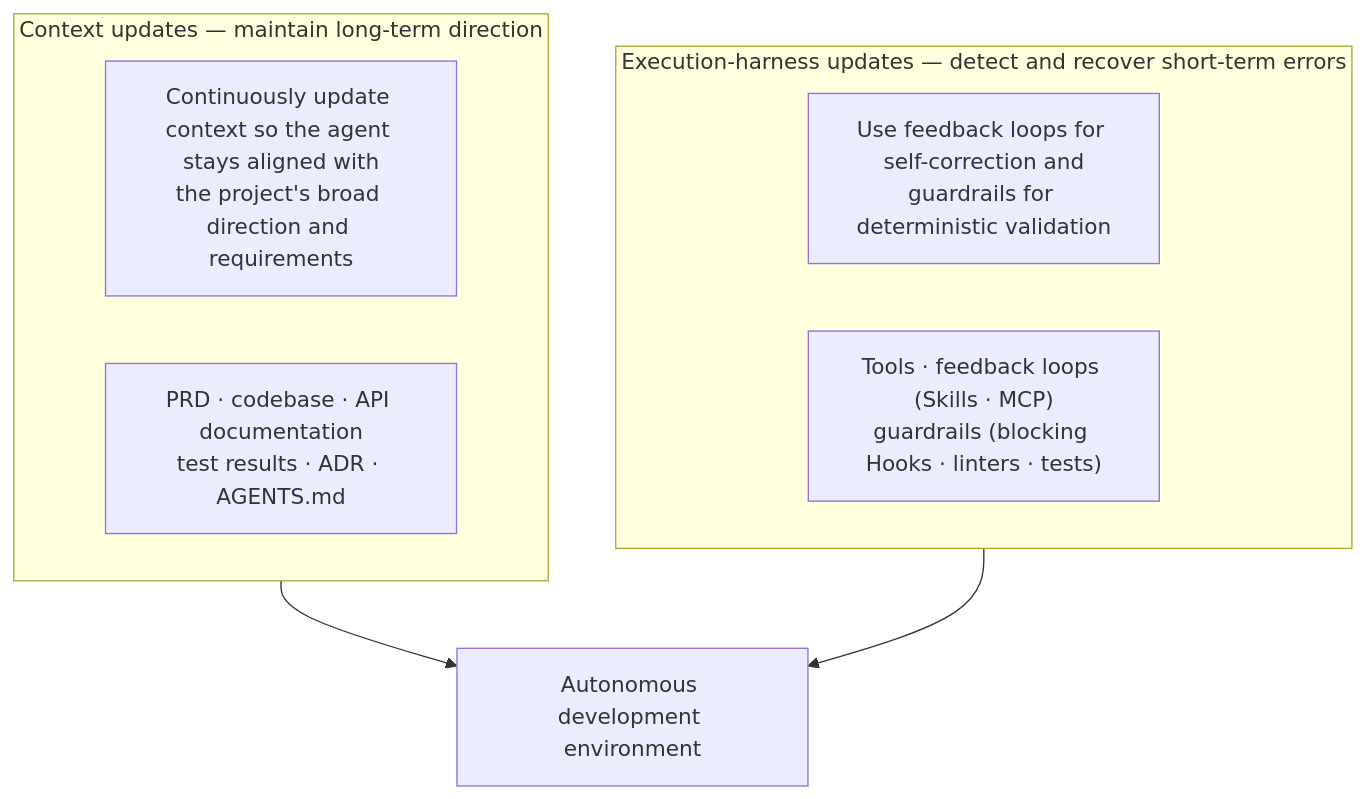
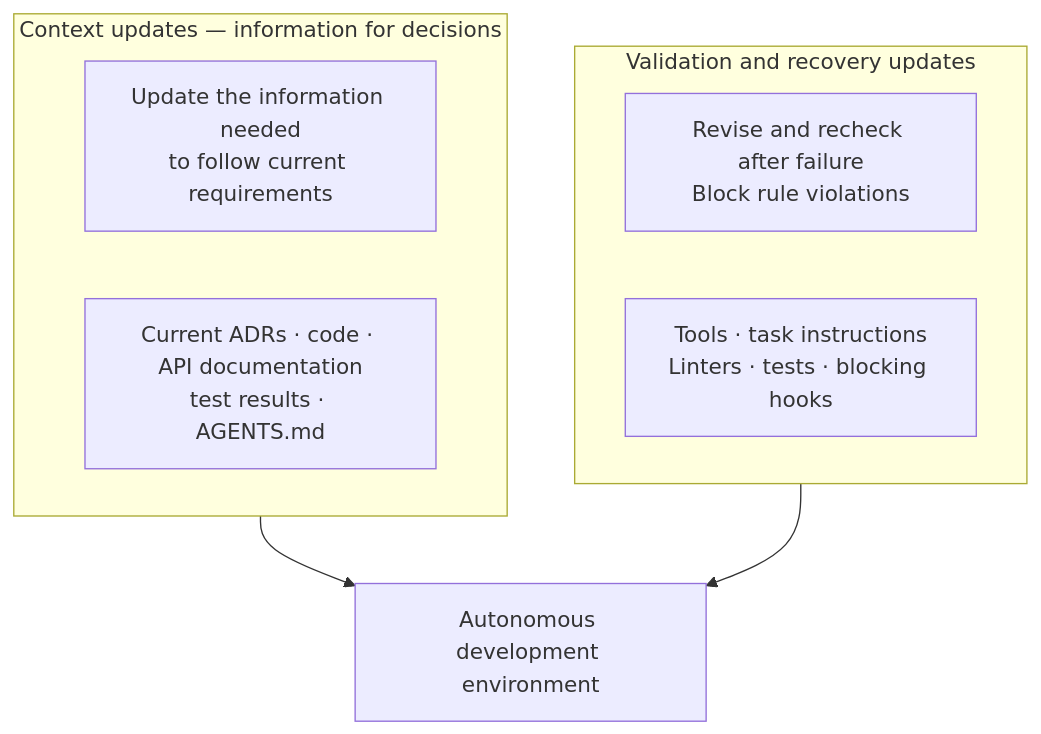
Before and after one commit to haandol/haandol.github.com: the ninth of 9 diagrams in _en/2026-06-16-harness-engineering-in-practice.md, drawn with Mermaid. The commit also changed other lines of this file and 36 other files, not shown here.

````diff
--- a/_en/2026-06-16-harness-engineering-in-practice.md
+++ b/_en/2026-06-16-harness-engineering-in-practice.md
@@ -434,13 +430,13 @@
 ```mermaid
 flowchart TB
-    subgraph CTX["Context updates — maintain long-term direction"]
-        C1["Continuously update context so the agent stays aligned with<br/>the project's broad direction and requirements"]
-        C2["PRD · codebase · API documentation<br/>test results · ADR · AGENTS.md"]
+    subgraph CTX["Context updates — information for decisions"]
+        C1["Update the information needed<br/>to follow current requirements"]
+        C2["Current ADRs · code · API documentation<br/>test results · AGENTS.md"]
     end
-    subgraph HRN["Execution-harness updates — detect and recover short-term errors"]
-        H1["Use feedback loops for self-correction and<br/>guardrails for deterministic validation"]
-        H2["Tools · feedback loops (Skills · MCP)<br/>guardrails (blocking Hooks · linters · tests)"]
+    subgraph HRN["Validation and recovery updates"]
+        H1["Revise and recheck after failure<br/>Block rule violations"]
+        H2["Tools · task instructions<br/>Linters · tests · blocking hooks"]
     end
     CTX --> ALL["Autonomous development environment"]
     HRN --> ALL
 ```
````
